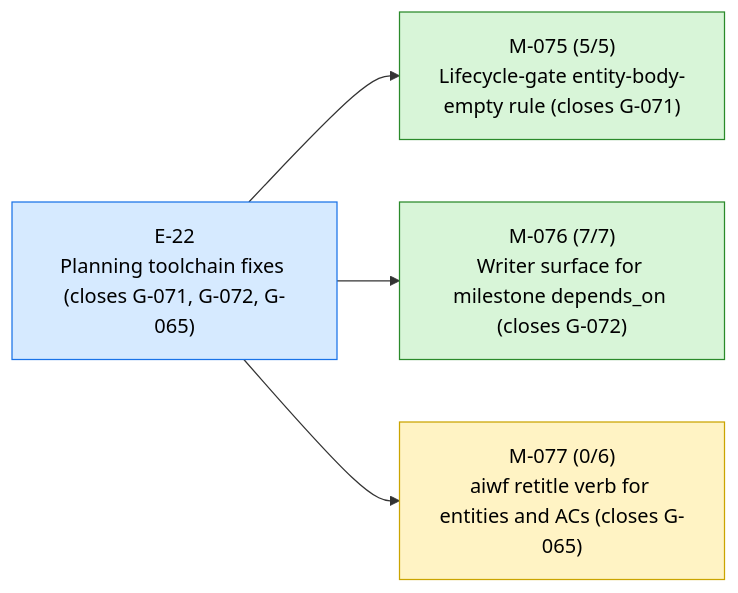
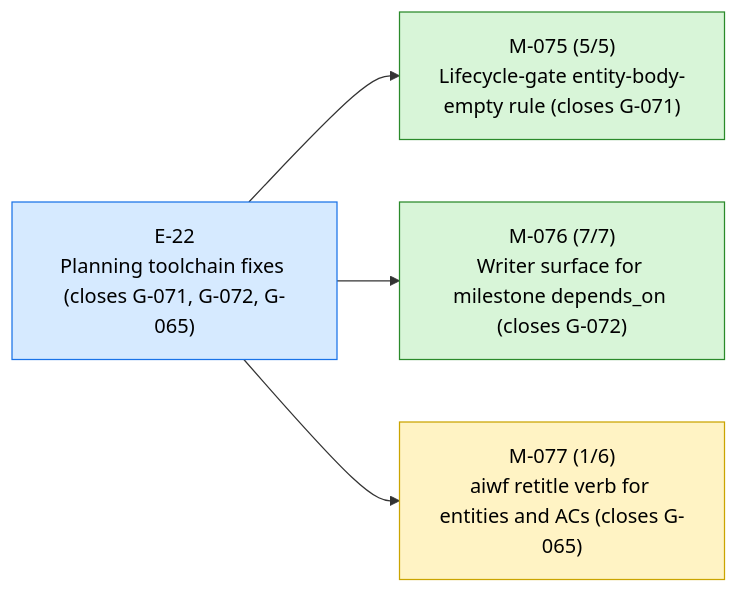
The first of 3 diagrams in STATUS.md (23min/aiwf), drawn with Mermaid before and after one commit. The commit also changed other lines of this file and 1 other file, not shown here.

First line of the commit message:
aiwf promote M-077/AC-1 open -> met

````diff
--- a/STATUS.md
+++ b/STATUS.md
@@ -13,16 +13,16 @@
 ```mermaid
 flowchart LR
   E_22["E-22<br/>Planning toolchain fixes (closes G-071, G-072, G-065)"]:::epic_active
   M_075["M-075 (5/5)<br/>Lifecycle-gate entity-body-empty rule (closes G-071)"]:::ms_done
   E_22 --> M_075
   M_076["M-076 (7/7)<br/>Writer surface for milestone depends_on (closes G-072)"]:::ms_done
   E_22 --> M_076
-  M_077["M-077 (0/6)<br/>aiwf retitle verb for entities and ACs (closes G-065)"]:::ms_in_progress
+  M_077["M-077 (1/6)<br/>aiwf retitle verb for entities and ACs (closes G-065)"]:::ms_in_progress
   E_22 --> M_077
   classDef epic_active fill:#d6eaff,stroke:#1a73e8,color:#000
   classDef epic_proposed fill:#f4f4f4,stroke:#888,color:#000
   classDef ms_done fill:#d8f5d8,stroke:#2a8a2a,color:#000
   classDef ms_in_progress fill:#fff3c4,stroke:#caa400,color:#000
   classDef ms_draft fill:#f4f4f4,stroke:#888,color:#000
   classDef ms_cancelled fill:#fbeaea,stroke:#c33,color:#000
 ```
````
